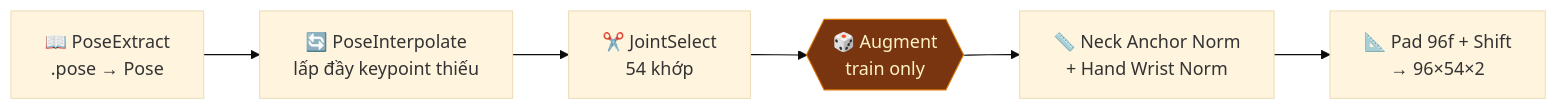
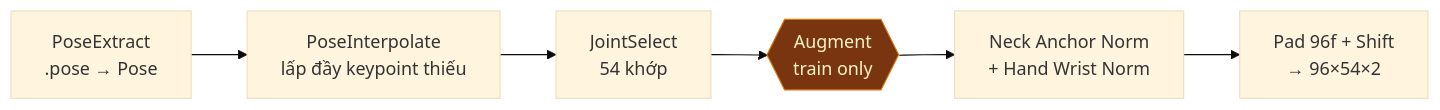
Before and after one commit to thanhbinh55/VietnameseSignLanguageRecognition_vsl400: the second of 3 diagrams in docs/architecture_analysis.md, drawn with Mermaid (base theme). The commit also changed other lines of this file, not shown here.

Commit message:
docs: remove emojis from mermaid diagrams

````diff
--- a/docs/architecture_analysis.md
+++ b/docs/architecture_analysis.md
@@ -137,13 +137,13 @@
 ```mermaid
 flowchart LR
-    S1["📖 PoseExtract\n.pose → Pose"]
-    S2["🔄 PoseInterpolate\nlấp đầy keypoint thiếu"]
-    S3["✂️ JointSelect\n54 khớp"]
-    S4{{"🎲 Augment\ntrain only"}}
-    S5["📏 Neck Anchor Norm\n+ Hand Wrist Norm"]
-    S6["📐 Pad 96f + Shift\n→ 96×54×2"]
+    S1["PoseExtract\n.pose → Pose"]
+    S2["PoseInterpolate\nlấp đầy keypoint thiếu"]
+    S3["JointSelect\n54 khớp"]
+    S4{{"Augment\ntrain only"}}
+    S5["Neck Anchor Norm\n+ Hand Wrist Norm"]
+    S6["Pad 96f + Shift\n→ 96×54×2"]
 
     S1 --> S2 --> S3 --> S4 --> S5 --> S6
 
     style S4 fill:#78350f,color:#fef3c7,stroke:#d97706
 ```
````
